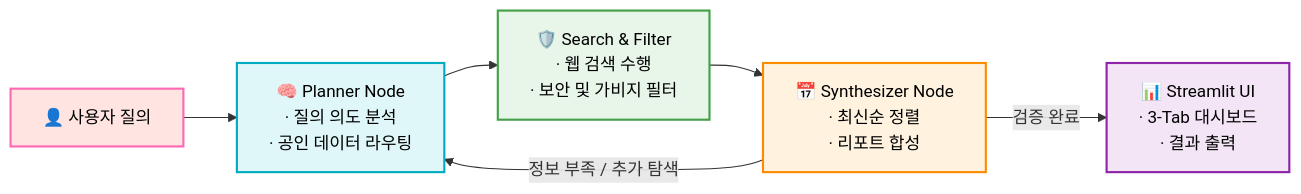
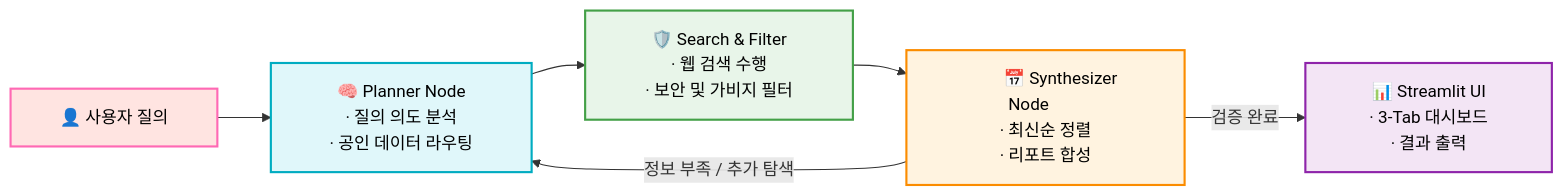
One commit to sbg990530/Document-Agent changed the diagram in README.md. Above: the diagram before and after it, drawn with Mermaid.

````diff
--- a/README.md
+++ b/README.md
@@ -19,20 +19,20 @@
 ```mermaid
 graph LR
     classDef userStyle fill:#FFE4E1,stroke:#FF69B4,stroke-width:2px,color:#000;
     classDef plannerStyle fill:#E0F7FA,stroke:#00ACC1,stroke-width:2px,color:#000;
     classDef filterStyle fill:#E8F5E9,stroke:#43A047,stroke-width:2px,color:#000;
     classDef synthStyle fill:#FFF3E0,stroke:#FB8C00,stroke-width:2px,color:#000;
     classDef uiStyle fill:#F3E5F5,stroke:#8E24AA,stroke-width:2px,color:#000;
 
-    A["👤 사용자 질의"]:::userStyle 
-    --> B["🧠 Planner Node<br/>· 질의 의도 분석<br/>· 공인 데이터 라우팅"]:::plannerStyle
+    A["&nbsp;&nbsp;&nbsp;&nbsp;👤 사용자 질의&nbsp;&nbsp;&nbsp;&nbsp;"]:::userStyle 
+    --> B["&nbsp;&nbsp;&nbsp;&nbsp;&nbsp;&nbsp;&nbsp;&nbsp;🧠 Planner Node&nbsp;&nbsp;&nbsp;&nbsp;&nbsp;&nbsp;&nbsp;&nbsp;<br/>· 질의 의도 분석<br/>· 공인 데이터 라우팅"]:::plannerStyle
     
-    B --> C["🛡️ Search & Filter<br/>· 웹 검색 수행<br/>· 보안 및 가비지 필터"]:::filterStyle
+    B --> C["&nbsp;&nbsp;&nbsp;&nbsp;&nbsp;&nbsp;&nbsp;&nbsp;🛡️ Search & Filter&nbsp;&nbsp;&nbsp;&nbsp;&nbsp;&nbsp;&nbsp;&nbsp;<br/>· 웹 검색 수행<br/>· 보안 및 가비지 필터"]:::filterStyle
     
-    C --> D["📅 Synthesizer Node<br/>· 최신순 정렬<br/>· 리포트 합성"]:::synthStyle
+    C --> D["&nbsp;&nbsp;&nbsp;&nbsp;&nbsp;&nbsp;&nbsp;&nbsp;📅 Synthesizer Node&nbsp;&nbsp;&nbsp;&nbsp;&nbsp;&nbsp;&nbsp;&nbsp;<br/>· 최신순 정렬<br/>· 리포트 합성"]:::synthStyle
     
     %% 루프 및 분기 구조
     D -- "정보 부족 / 추가 탐색" --> B
     
-    D -- "검증 완료" --> E["📊 Streamlit UI<br/>· 3-Tab 대시보드<br/>· 결과 출력"]:::uiStyle
+    D -- "검증 완료" --> E["&nbsp;&nbsp;&nbsp;&nbsp;&nbsp;&nbsp;&nbsp;&nbsp;📊 Streamlit UI&nbsp;&nbsp;&nbsp;&nbsp;&nbsp;&nbsp;&nbsp;&nbsp;<br/>· 3-Tab 대시보드<br/>· 결과 출력"]:::uiStyle
 ```
````
